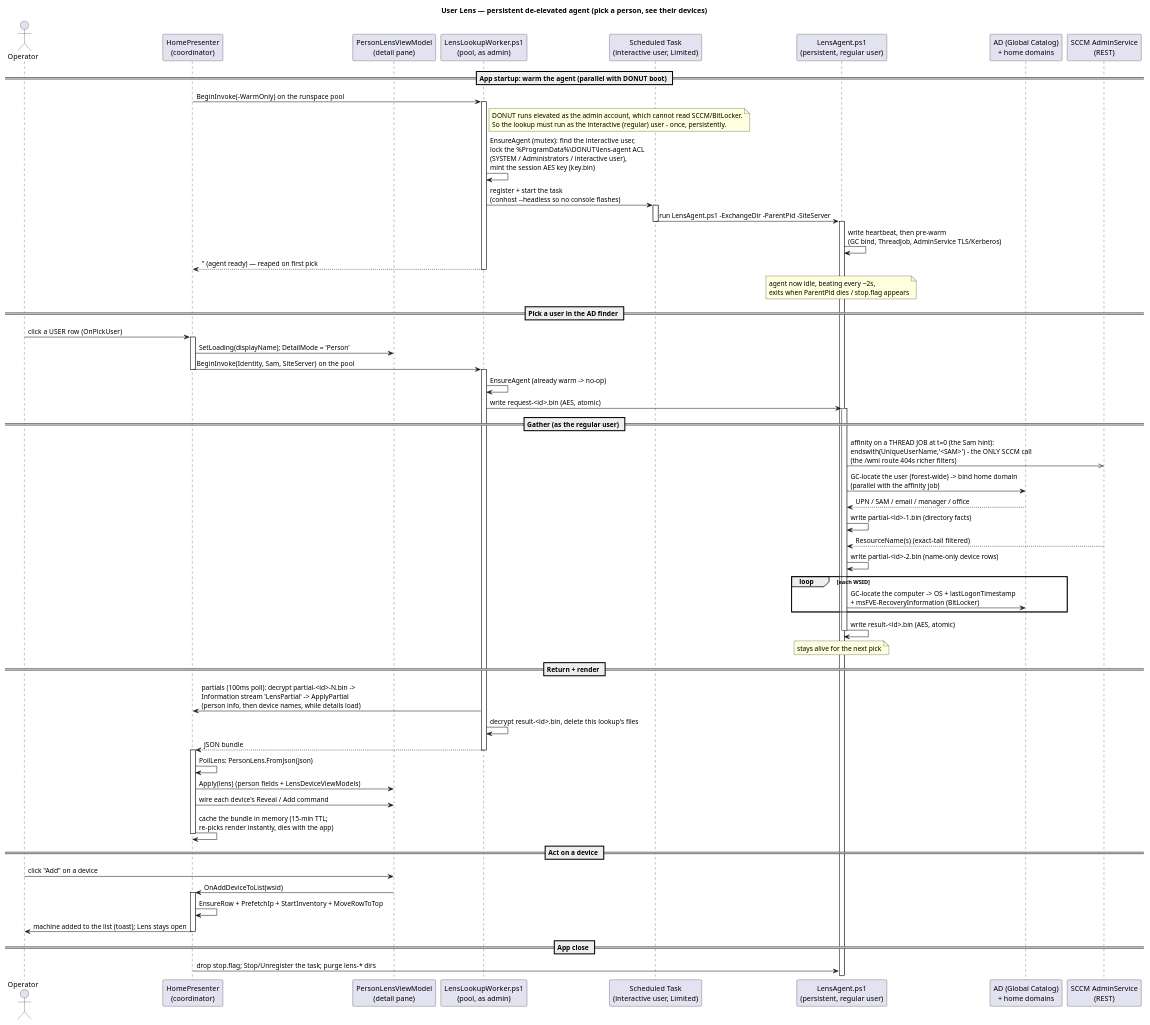
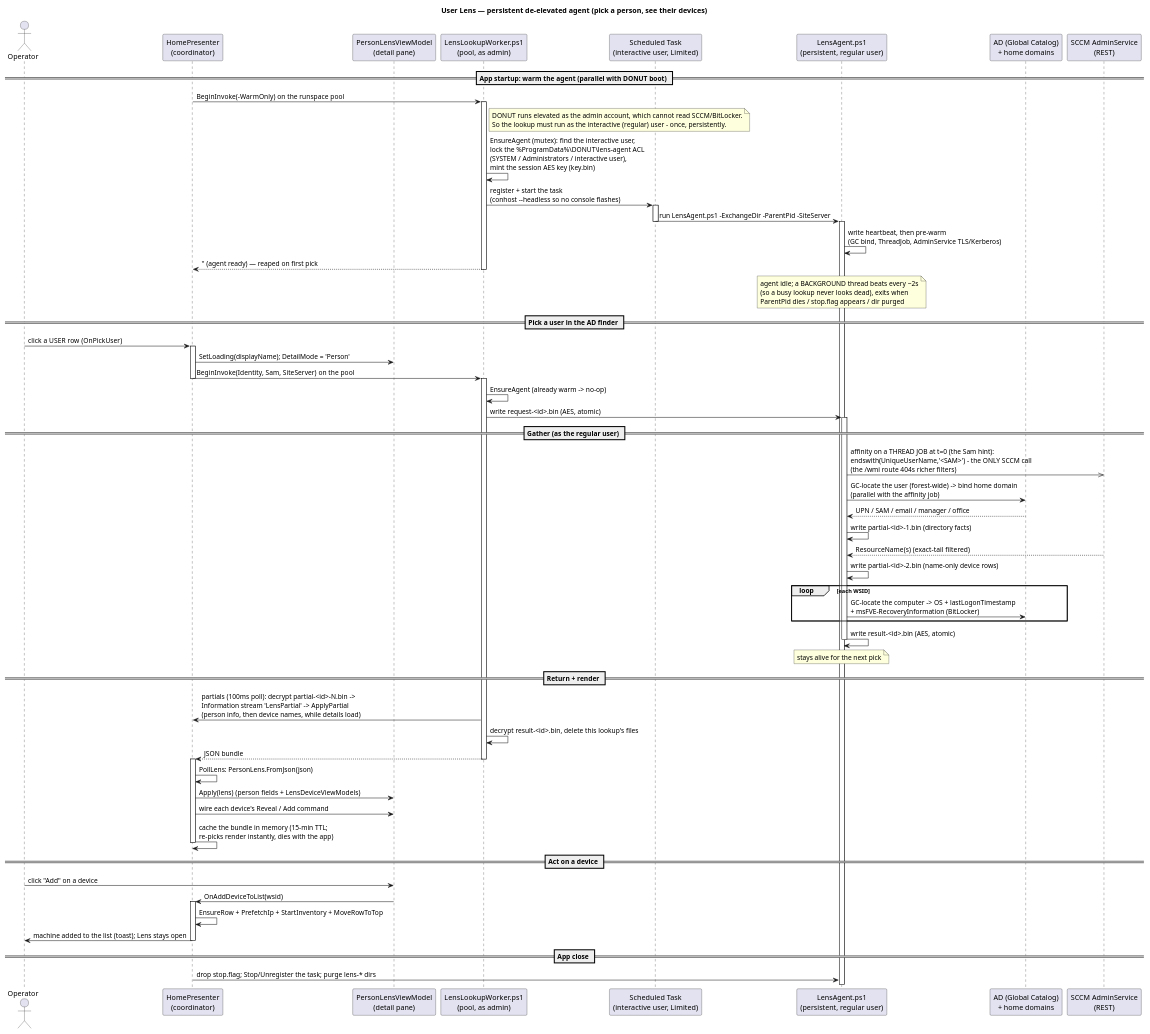
Before and after one commit to Danial-Changez/DONUT: the diagram in docs/diagrams/lens_lookup_sequence_diagram.puml, drawn with PlantUML. The commit also changed 2 other files, not shown here.

Commit message:
Tidy the Lens heartbeat change + document headless psexec and the background beat
- LensAgent.ps1: drop the redundant second ThreadJob import; rewrite the header's
  heartbeat note to say the beat runs on a background thread (decoupled from the serve
  loop) so a busy lookup never looks dead.
- Refactoring_Proposal.md: PsExec section gains a "Headless launch" note (CreateNoWindow
  vs -NoNewWindow, the visible-console UI freeze, and why stdout isn't redirected -> the
  0xC0000142 trap); Lens section + sequence-diagram note describe the background-thread
  heartbeat.

No behaviour change. Lens + worker unit suites green; diagram compiles.

```diff
--- a/docs/diagrams/lens_lookup_sequence_diagram.puml
+++ b/docs/diagrams/lens_lookup_sequence_diagram.puml
@@ -1,78 +1,78 @@
 @startuml Lens Lookup Sequence Diagram
 title User Lens — persistent de-elevated agent (pick a person, see their devices)
 
 actor Operator as OP
 participant "HomePresenter\n(coordinator)" as P
 participant "PersonLensViewModel\n(detail pane)" as VM
 participant "LensLookupWorker.ps1\n(pool, as admin)" as PW
 participant "Scheduled Task\n(interactive user, Limited)" as TASK
 participant "LensAgent.ps1\n(persistent, regular user)" as AG
 participant "AD (Global Catalog)\n+ home domains" as AD
 participant "SCCM AdminService\n(REST)" as SCCM
 
 == App startup: warm the agent (parallel with DONUT boot) ==
 P -> PW : BeginInvoke(-WarmOnly)  on the runspace pool
 activate PW
 note right of PW
   DONUT runs elevated as the admin account, which cannot read SCCM/BitLocker.
   So the lookup must run as the interactive (regular) user - once, persistently.
 end note
 PW -> PW : EnsureAgent (mutex): find the interactive user,\nlock the %ProgramData%\\DONUT\\lens-agent ACL\n(SYSTEM / Administrators / interactive user),\nmint the session AES key (key.bin)
 PW -> TASK : register + start the task\n(conhost --headless so no console flashes)
 activate TASK
 TASK -> AG : run LensAgent.ps1 -ExchangeDir -ParentPid -SiteServer
 deactivate TASK
 activate AG
 AG -> AG : write heartbeat, then pre-warm\n(GC bind, ThreadJob, AdminService TLS/Kerberos)
 PW --> P : '' (agent ready) — reaped on first pick
 deactivate PW
-note over AG : agent now idle, beating every ~2s,\nexits when ParentPid dies / stop.flag appears
+note over AG : agent idle; a BACKGROUND thread beats every ~2s\n(so a busy lookup never looks dead), exits when\nParentPid dies / stop.flag appears / dir purged
 
 == Pick a user in the AD finder ==
 OP -> P : click a USER row  (OnPickUser)
 activate P
 P -> VM : SetLoading(displayName); DetailMode = 'Person'
 P -> PW : BeginInvoke(Identity, Sam, SiteServer)  on the pool
 deactivate P
 activate PW
 PW -> PW : EnsureAgent (already warm -> no-op)
 PW -> AG : write request-<id>.bin (AES, atomic)
 activate AG
 
 == Gather (as the regular user) ==
 AG ->> SCCM : affinity on a THREAD JOB at t=0 (the Sam hint):\nendswith(UniqueUserName,'<SAM>') - the ONLY SCCM call\n(the /wmi route 404s richer filters)
 AG -> AD : GC-locate the user (forest-wide) -> bind home domain\n(parallel with the affinity job)
 AD --> AG : UPN / SAM / email / manager / office
 AG -> AG : write partial-<id>-1.bin (directory facts)
 SCCM --> AG : ResourceName(s)  (exact-tail filtered)
 AG -> AG : write partial-<id>-2.bin (name-only device rows)
 loop each WSID
   AG -> AD : GC-locate the computer -> OS + lastLogonTimestamp\n+ msFVE-RecoveryInformation (BitLocker)
 end
 AG -> AG : write result-<id>.bin (AES, atomic)
 deactivate AG
 note over AG : stays alive for the next pick
 
 == Return + render ==
 PW -> P : partials (100ms poll): decrypt partial-<id>-N.bin ->\nInformation stream 'LensPartial' -> ApplyPartial\n(person info, then device names, while details load)
 PW -> PW : decrypt result-<id>.bin, delete this lookup's files
 PW --> P : JSON bundle
 deactivate PW
 activate P
 P -> P : PollLens: PersonLens.FromJson(json)
 P -> VM : Apply(lens)  (person fields + LensDeviceViewModels)
 P -> VM : wire each device's Reveal / Add command
 P -> P : cache the bundle in memory (15-min TTL;\nre-picks render instantly, dies with the app)
 deactivate P
 
 == Act on a device ==
 OP -> VM : click "Add" on a device
 VM -> P : OnAddDeviceToList(wsid)
 activate P
 P -> P : EnsureRow + PrefetchIp + StartInventory + MoveRowToTop
 P -> OP : machine added to the list (toast); Lens stays open
 deactivate P
 
 == App close ==
 P -> AG : drop stop.flag; Stop/Unregister the task; purge lens-* dirs
 @enduml
```
